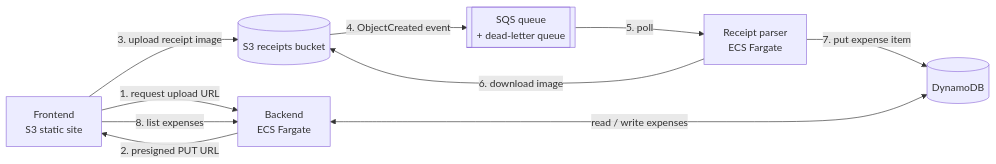
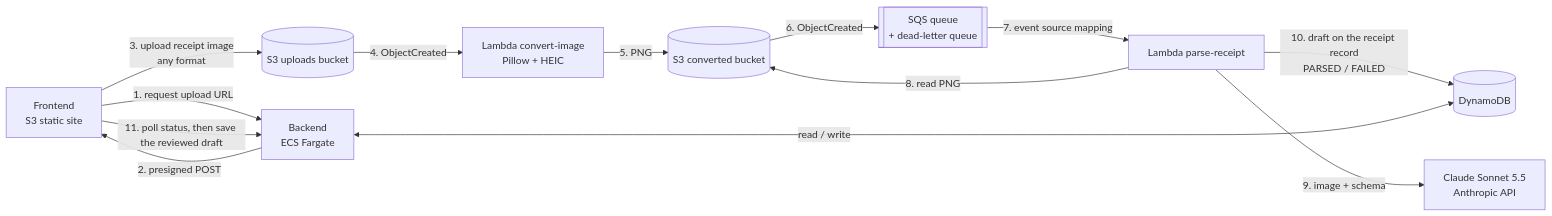
One commit to justOleh/finance changed the diagram in README.md. Above: the diagram before and after it, drawn with Mermaid. The commit also changed other lines of this file and 4 other files, not shown here.

First line of the commit message:
Document the Lambda receipt pipeline (ADR-012, ADR-013, plan 03)

````diff
--- a/README.md
+++ b/README.md
@@ -11,12 +12,15 @@
 ```mermaid
 flowchart LR
     FE[Frontend<br/>S3 static site] -->|1. request upload URL| BE[Backend<br/>ECS Fargate]
-    BE -->|2. presigned PUT URL| FE
-    FE -->|3. upload receipt image| S3[(S3 receipts bucket)]
-    S3 -->|4. ObjectCreated event| SQS[[SQS queue<br/>+ dead-letter queue]]
-    SQS -->|5. poll| RP[Receipt parser<br/>ECS Fargate]
-    RP -->|6. download image| S3
-    RP -->|7. put expense item| DDB[(DynamoDB)]
-    BE <-->|read / write expenses| DDB
-    FE -->|8. list expenses| BE
+    BE -->|2. presigned POST| FE
+    FE -->|3. upload receipt image<br/>any format| S3U[(S3 uploads bucket)]
+    S3U -->|4. ObjectCreated| LC[Lambda convert-image<br/>Pillow + HEIC]
+    LC -->|5. PNG| S3C[(S3 converted bucket)]
+    S3C -->|6. ObjectCreated| SQS[[SQS queue<br/>+ dead-letter queue]]
+    SQS -->|7. event source mapping| LP[Lambda parse-receipt]
+    LP -->|8. read PNG| S3C
+    LP -->|9. image + schema| CL[Claude Sonnet 5.5<br/>Anthropic API]
+    LP -->|10. draft on the receipt record<br/>PARSED / FAILED| DDB[(DynamoDB)]
+    FE -->|11. poll status, then save the reviewed draft| BE
+    BE <-->|read / write| DDB
 ```
````
